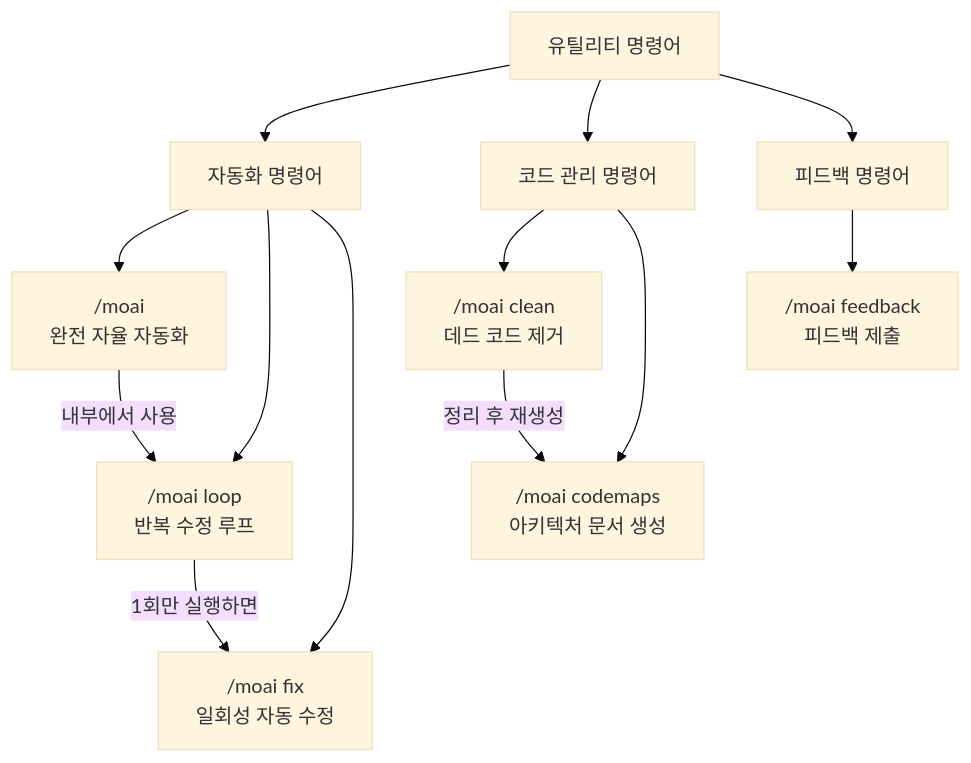
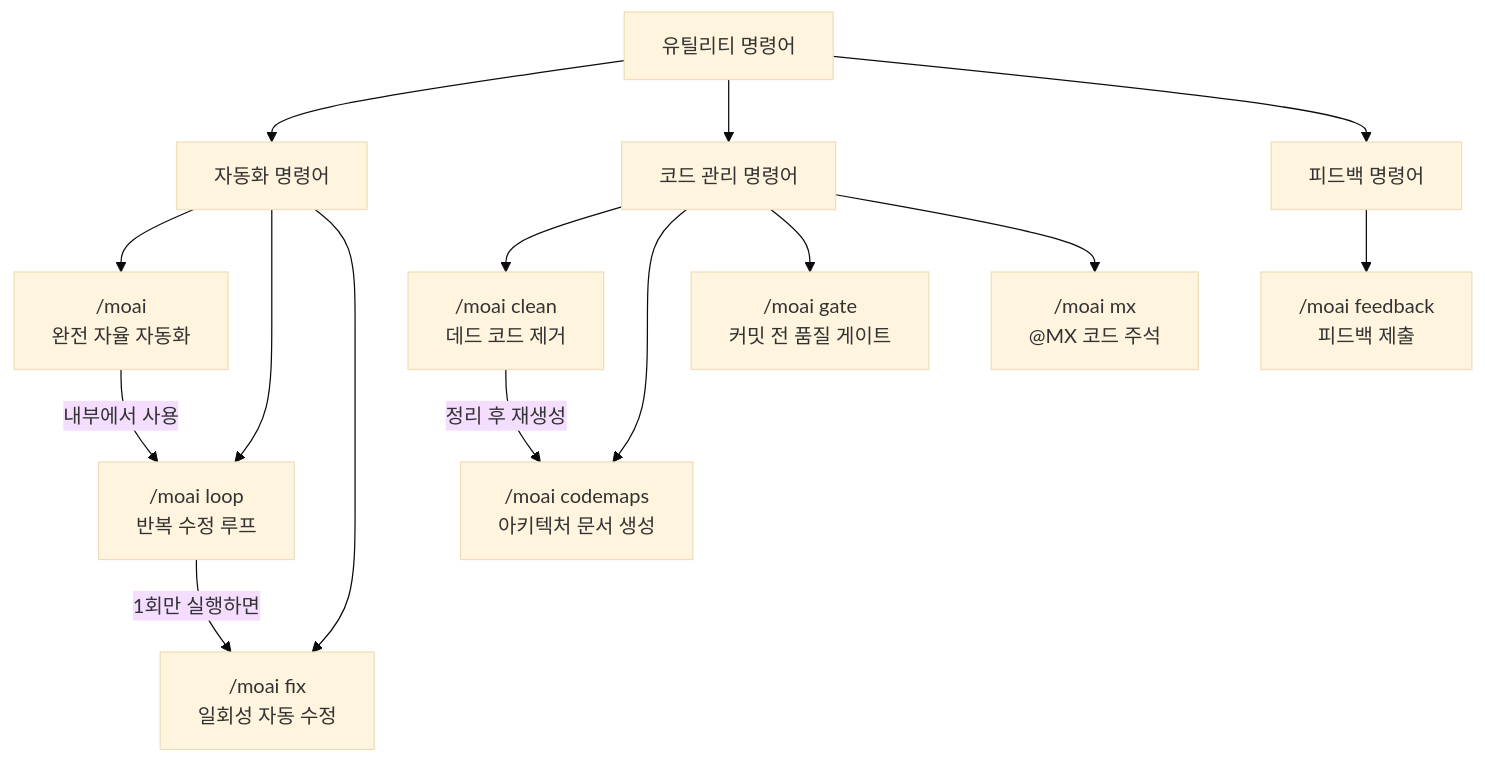
One commit to modu-ai/moai-adk changed the diagram in docs-site/content/ko/utility-commands/_index.md. Above: the diagram before and after it, drawn with Mermaid (base theme). The commit also changed other lines of this file and 180 other files, not shown here.

````diff
--- a/docs-site/content/ko/utility-commands/_index.md
+++ b/docs-site/content/ko/utility-commands/_index.md
@@ -31,17 +33,19 @@
 ```mermaid
 flowchart TD
     A[유틸리티 명령어] --> B[자동화 명령어]
     A --> C[코드 관리 명령어]
     A --> D[피드백 명령어]
 
     B --> E["/moai<br/>완전 자율 자동화"]
     B --> F["/moai loop<br/>반복 수정 루프"]
     B --> G["/moai fix<br/>일회성 자동 수정"]
     C --> H["/moai clean<br/>데드 코드 제거"]
     C --> I["/moai codemaps<br/>아키텍처 문서 생성"]
+    C --> K["/moai gate<br/>커밋 전 품질 게이트"]
+    C --> L["/moai mx<br/>@MX 코드 주석"]
     D --> J["/moai feedback<br/>피드백 제출"]
 
     E -->|내부에서 사용| F
     F -->|1회만 실행하면| G
     H -->|정리 후 재생성| I
 ```
````
